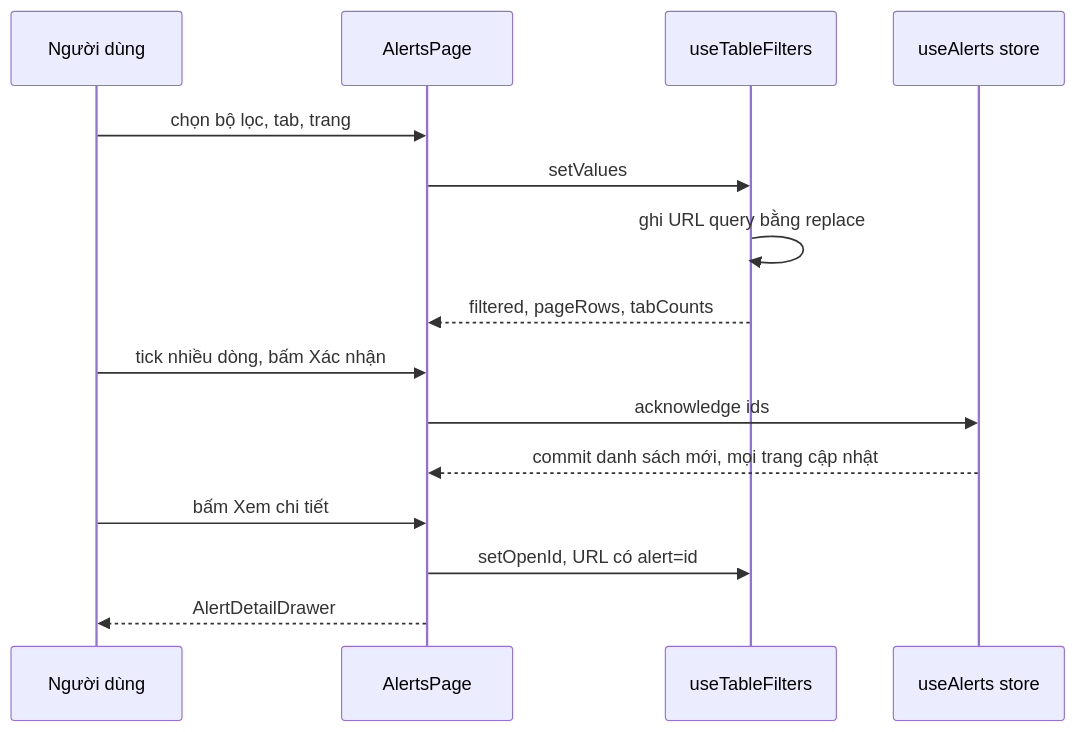
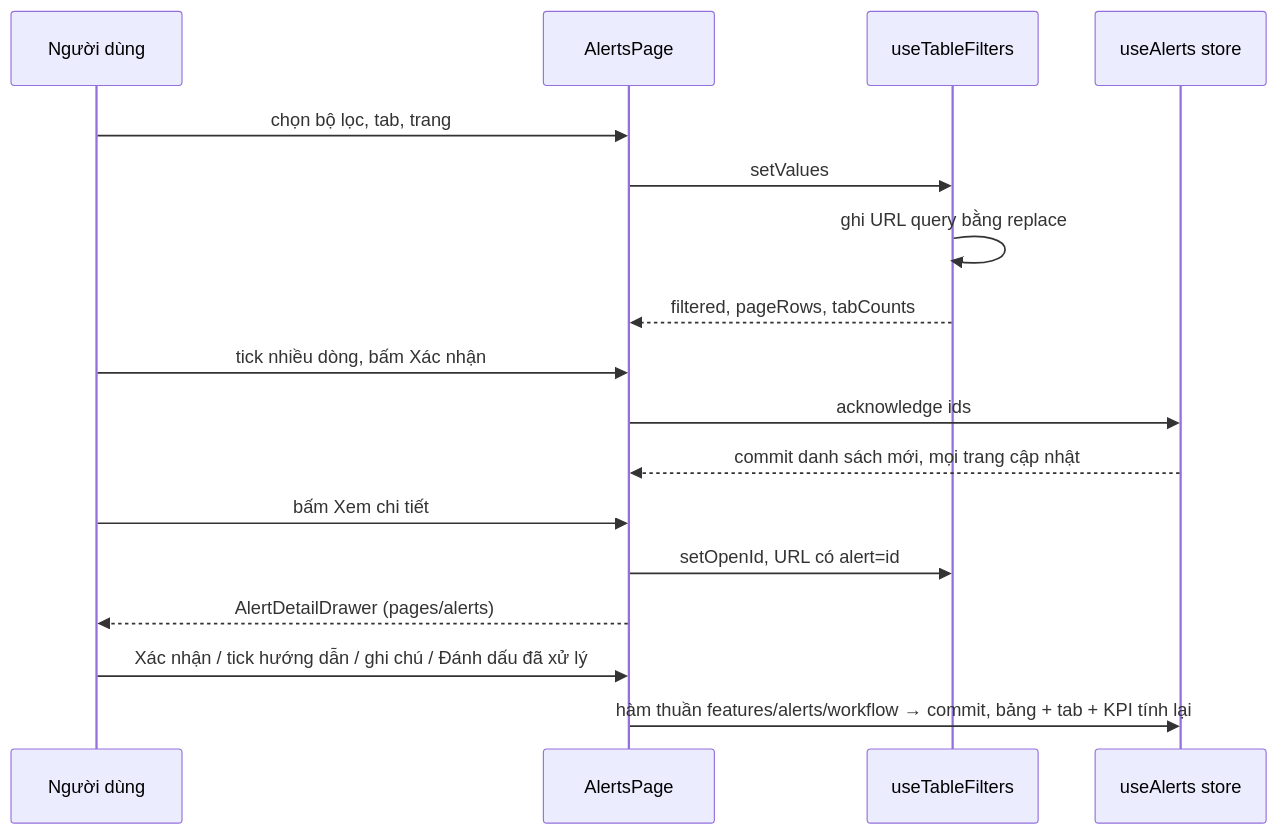
One commit to tuanpq-dev/demo-lpg changed the fourth of 10 diagrams in GUIDE.md. Above: the diagram before and after it, drawn with Mermaid. The commit also changed other lines of this file and 1 other file, not shown here.

First line of the commit message:
docs: document alert drawer kinds, fire alerts and mobile header TODO

````diff
--- a/GUIDE.md
+++ b/GUIDE.md
@@ -199,17 +199,19 @@
 ```mermaid
 sequenceDiagram
   participant U as Người dùng
   participant P as AlertsPage
   participant T as useTableFilters
   participant S as useAlerts store
   U->>P: chọn bộ lọc, tab, trang
   P->>T: setValues
   T->>T: ghi URL query bằng replace
   T-->>P: filtered, pageRows, tabCounts
   U->>P: tick nhiều dòng, bấm Xác nhận
   P->>S: acknowledge ids
   S-->>P: commit danh sách mới, mọi trang cập nhật
   U->>P: bấm Xem chi tiết
   P->>T: setOpenId, URL có alert=id
-  P-->>U: AlertDetailDrawer
+  P-->>U: AlertDetailDrawer (pages/alerts)
+  U->>P: Xác nhận / tick hướng dẫn / ghi chú / Đánh dấu đã xử lý
+  P->>S: hàm thuần features/alerts/workflow → commit, bảng + tab + KPI tính lại
 ```
````
